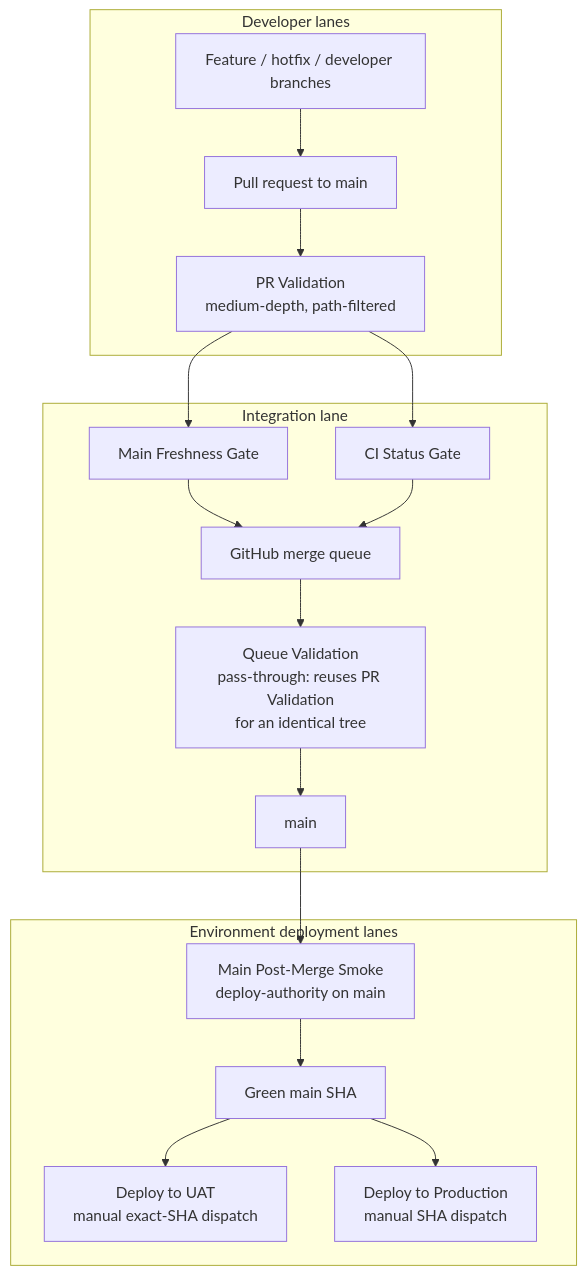
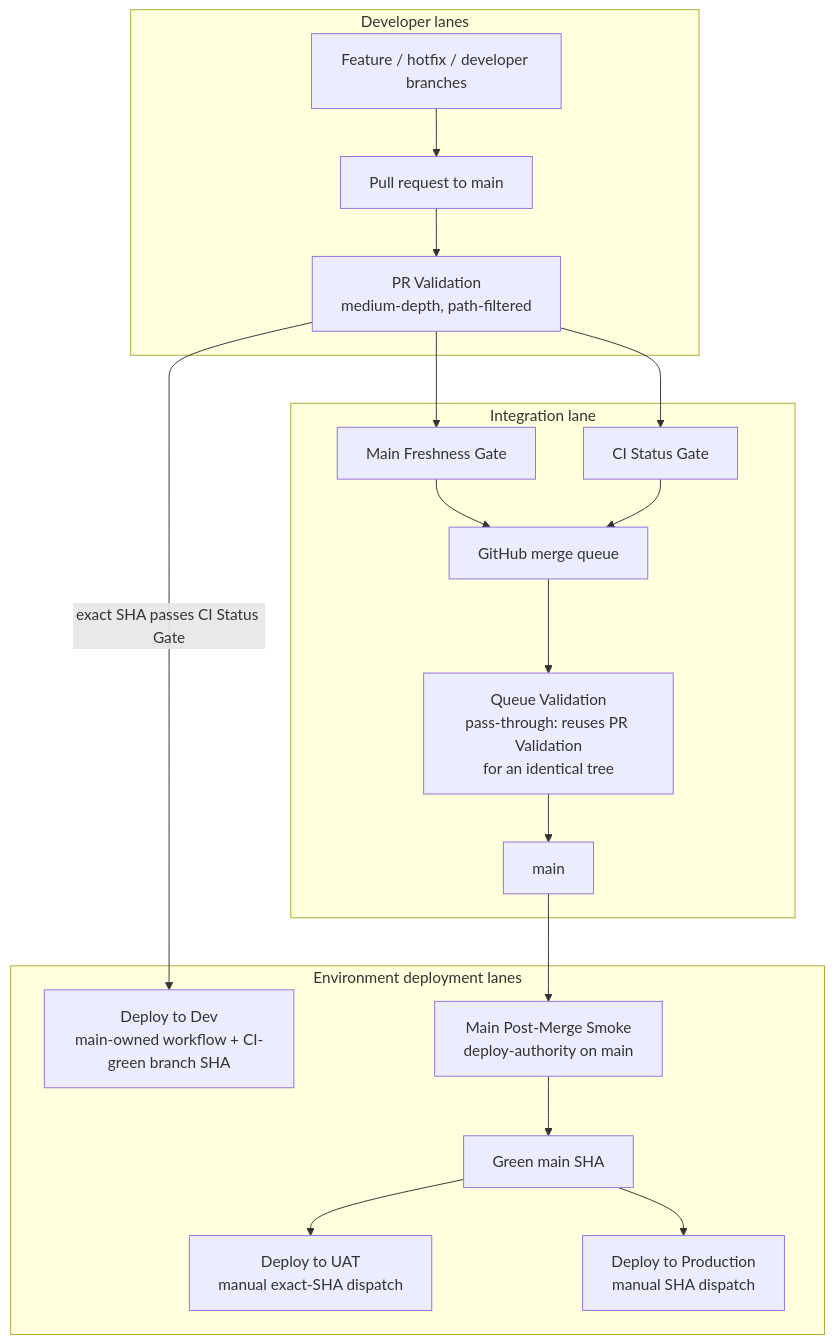
The diagram in docs/reference/operations/ci.md (hushh-labs/hushh-research), drawn with Mermaid before and after one commit. The commit also changed other lines of this file and 35 other files, not shown here.

````diff
--- a/docs/reference/operations/ci.md
+++ b/docs/reference/operations/ci.md
@@ -6,32 +6,34 @@
 ```mermaid
 flowchart TB
   subgraph dev["Developer lanes"]
     feat["Feature / hotfix / developer branches"]
     pr["Pull request to main"]
     prci["PR Validation<br/>medium-depth, path-filtered"]
   end
 
   subgraph integration["Integration lane"]
     freshness["Main Freshness Gate"]
     status["CI Status Gate"]
     queueci["Queue Validation<br/>pass-through: reuses PR Validation<br/>for an identical tree"]
     queue["GitHub merge queue"]
     main["main"]
   end
 
   subgraph release["Environment deployment lanes"]
+    devdeploy["Deploy to Dev<br/>main-owned workflow + CI-green branch SHA"]
     green["Green main SHA"]
     smoke["Main Post-Merge Smoke<br/>deploy-authority on main"]
     uat["Deploy to UAT<br/>manual exact-SHA dispatch"]
     prod["Deploy to Production<br/>manual SHA dispatch"]
   end
 
   feat --> pr --> prci
   prci --> freshness
   prci --> status
+  prci -->|"exact SHA passes CI Status Gate"| devdeploy
   freshness --> queue
   status --> queue
   queue --> queueci --> main --> smoke --> green
   green --> uat
   green --> prod
 ```
````
